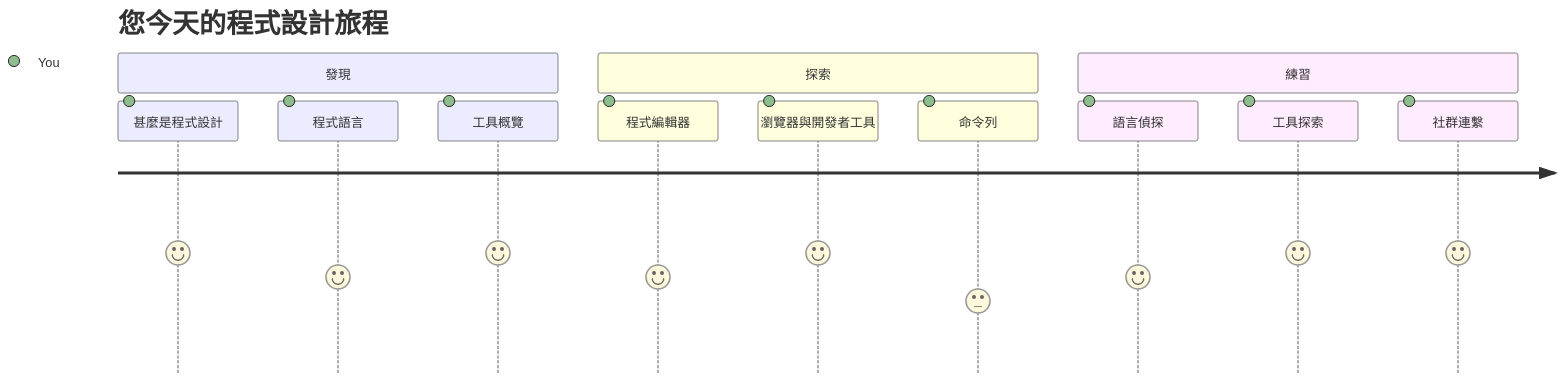
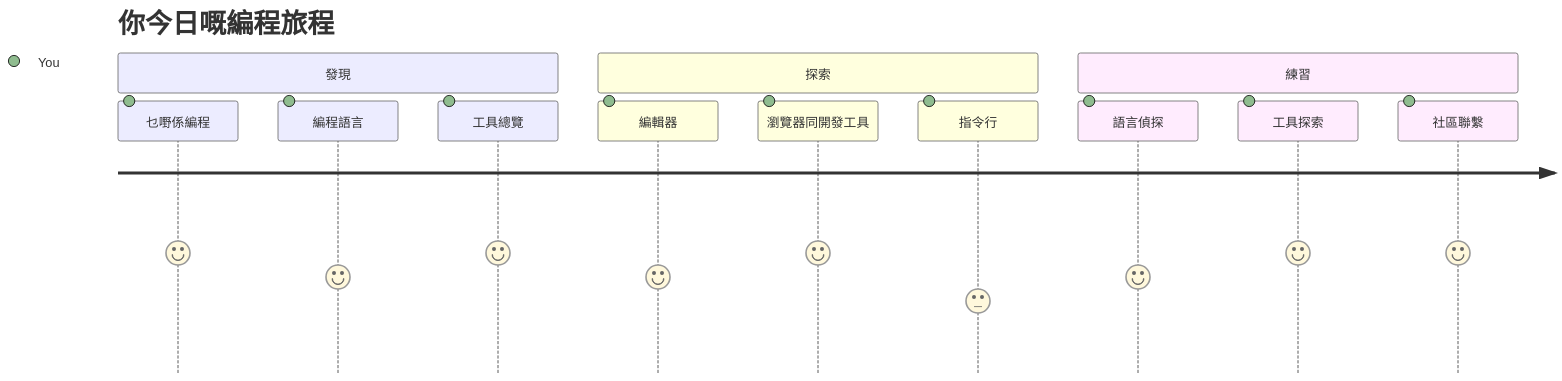
Before and after one commit to microsoft/Web-Dev-For-Beginners: the first of 7 diagrams in translations/zh-MO/1-getting-started-lessons/1-intro-to-programming-languages/README.md, drawn with Mermaid. The commit also changed other lines of this file and 8 other files, not shown here.

````diff
--- a/translations/zh-MO/1-getting-started-lessons/1-intro-to-programming-languages/README.md
+++ b/translations/zh-MO/1-getting-started-lessons/1-intro-to-programming-languages/README.md
@@ -14,16 +14,16 @@
 ```mermaid
 journey
-    title 您今天的程式設計旅程
+    title 你今日嘅編程旅程
     section 發現
-      甚麼是程式設計: 5: You
-      程式語言: 4: You
-      工具概覽: 5: You
+      乜嘢係編程: 5: You
+      編程語言: 4: You
+      工具總覽: 5: You
     section 探索
-      程式編輯器: 4: You
-      瀏覽器與開發者工具: 5: You
-      命令列: 3: You
+      編輯器: 4: You
+      瀏覽器同開發工具: 5: You
+      指令行: 3: You
     section 練習
       語言偵探: 4: You
       工具探索: 5: You
-      社群連繫: 5: You
+      社區聯繫: 5: You
 ```
````
